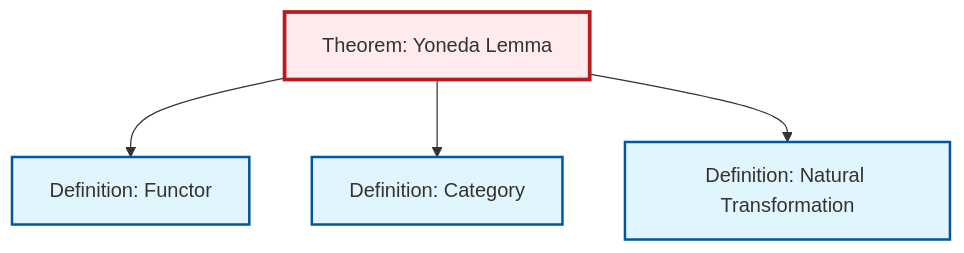
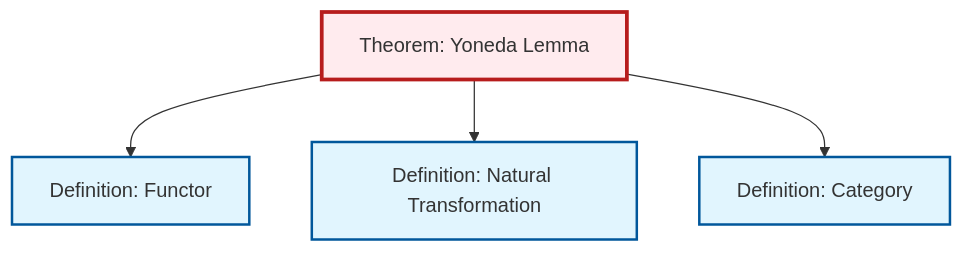
Before and after one commit to RK0429/ModernMath: the diagram in content/ja/category-theory/thm-yoneda.qmd, drawn with Mermaid. The commit also changed other lines of this file and 417 other files, not shown here.

````diff
--- a/content/ja/category-theory/thm-yoneda.qmd
+++ b/content/ja/category-theory/thm-yoneda.qmd
@@ -96,20 +96,20 @@
 ```{mermaid}
 %%| fig-cap: "Local dependency graph"
 graph TD
     classDef definition fill:#e1f5fe,stroke:#01579b,stroke-width:2px
     classDef theorem fill:#f3e5f5,stroke:#4a148c,stroke-width:2px
     classDef axiom fill:#fff3e0,stroke:#e65100,stroke-width:2px
     classDef example fill:#e8f5e9,stroke:#1b5e20,stroke-width:2px
     classDef current fill:#ffebee,stroke:#b71c1c,stroke-width:3px
+    def-category["Definition: Category"]:::definition
+    def-functor["Definition: Functor"]:::definition
     thm-yoneda["Theorem: Yoneda Lemma"]:::theorem
     def-natural-transformation["Definition: Natural Transformation"]:::definition
-    def-category["Definition: Category"]:::definition
-    def-functor["Definition: Functor"]:::definition
     thm-yoneda --> def-functor
+    thm-yoneda --> def-natural-transformation
     thm-yoneda --> def-category
-    thm-yoneda --> def-natural-transformation
     class thm-yoneda current
-    click def-natural-transformation "def-natural-transformation.html" "Definition: Natural Transformationへ"
     click def-category "def-category.html" "Definition: Categoryへ"
     click def-functor "def-functor.html" "Definition: Functorへ"
+    click def-natural-transformation "def-natural-transformation.html" "Definition: Natural Transformationへ"
 ```
````
